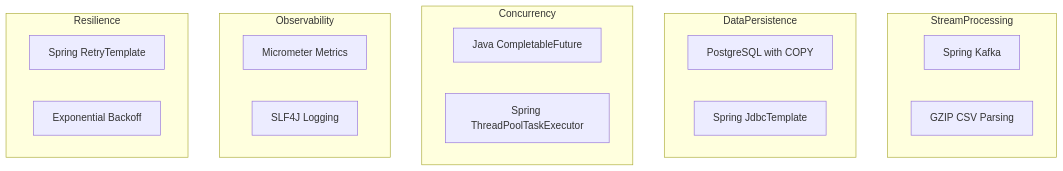
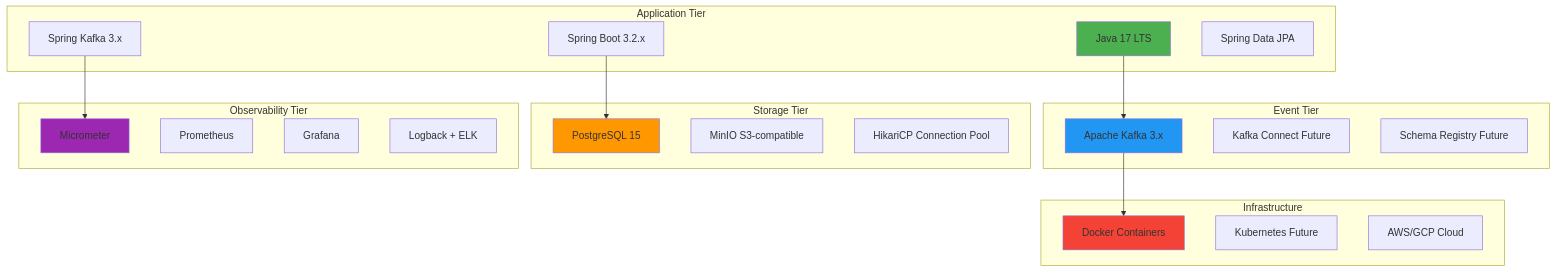
Diagram 12 of 29 in docs/High Level Designs/NodesImport.md (kagit00/schedule_x), drawn with Mermaid before and after one commit. The commit also changed other lines of this file, not shown here.

````diff
--- a/docs/High Level Designs/NodesImport.md
+++ b/docs/High Level Designs/NodesImport.md
@@ -162,27 +614,45 @@
 ```mermaid
-graph TD
-    subgraph StreamProcessing
-        T1[Spring Kafka]
-        T2[GZIP CSV Parsing]
+graph TB
+    subgraph "Application Tier"
+        A1[Java 17 LTS]
+        A2[Spring Boot 3.2.x]
+        A3[Spring Kafka 3.x]
+        A4[Spring Data JPA]
     end
-
-    subgraph DataPersistence
-        T3[PostgreSQL with COPY]
-        T4[Spring JdbcTemplate]
+    
+    subgraph "Event Tier"
+        B1[Apache Kafka 3.x]
+        B2[Kafka Connect Future]
+        B3[Schema Registry Future]
     end
-
-    subgraph Concurrency
-        T5[Java CompletableFuture]
-        T6[Spring ThreadPoolTaskExecutor]
+    
+    subgraph "Storage Tier"
+        C1[PostgreSQL 15]
+        C2[MinIO S3-compatible]
+        C3[HikariCP Connection Pool]
     end
-
-    subgraph Observability
-        T7[Micrometer Metrics]
-        T8[SLF4J Logging]
+    
+    subgraph "Observability Tier"
+        D1[Micrometer]
+        D2[Prometheus]
+        D3[Grafana]
+        D4[Logback + ELK]
     end
-
-    subgraph Resilience
-        T9[Spring RetryTemplate]
-        T10[Exponential Backoff]
+    
+    subgraph "Infrastructure"
+        E1[Docker Containers]
+        E2[Kubernetes Future]
+        E3[AWS/GCP Cloud]
     end
+    
+    A1 --> B1
+    A2 --> C1
+    A3 --> D1
+    B1 --> E1
+    
+    style A1 fill:#4CAF50
+    style B1 fill:#2196F3
+    style C1 fill:#FF9800
+    style D1 fill:#9C27B0
+    style E1 fill:#F44336
 ```
````
